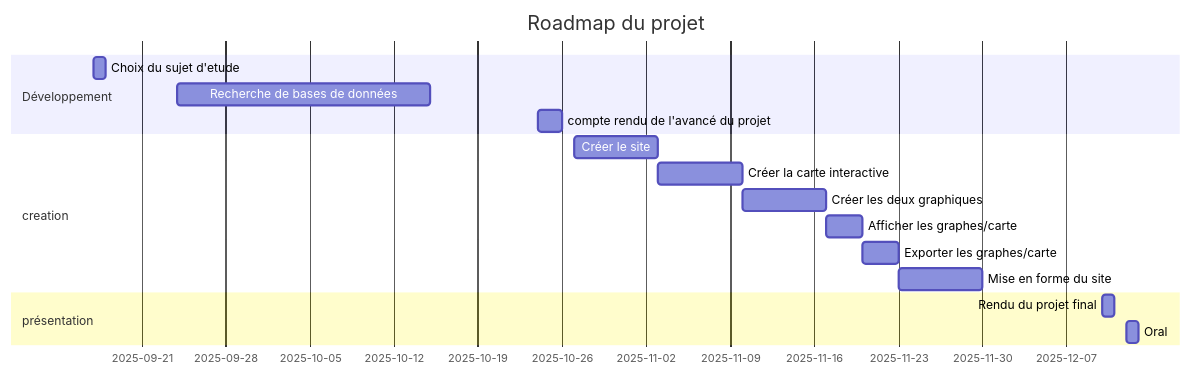
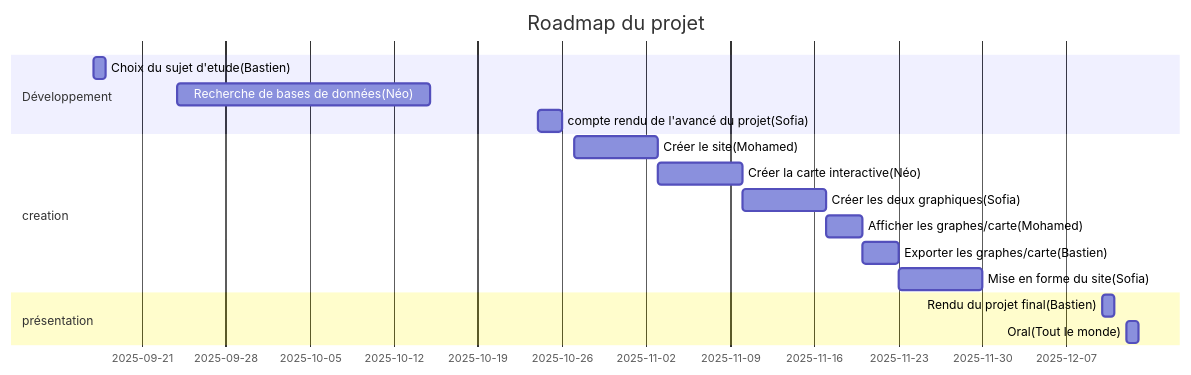
Before and after one commit to Bastien2003/Projet: the diagram in roadmap/README.qmd, drawn with Mermaid. The commit also changed other lines of this file, not shown here.

Commit message:
Assignation des tâches

````diff
--- a/roadmap/README.qmd
+++ b/roadmap/README.qmd
@@ -74,20 +74,20 @@
 ```{mermaid}
 gantt
     dateFormat  DD-MM
     title       Roadmap du projet
 
     section Développement
-    Choix du sujet d'etude           :des1, 17-09,1d
-    Recherche de bases de données    :des2, 24-09,3w 
-    compte rendu de l'avancé du projet :des3, 24-10,2d
+    Choix du sujet d'etude(Bastien)           :des1, 17-09,1d
+    Recherche de bases de données(Néo)    :des2, 24-09,3w 
+    compte rendu de l'avancé du projet(Sofia) :des3, 24-10,2d
     section creation
-    Créer le site                    :des4, 27-10, 7d
-    Créer la carte interactive       :des5, after des4, 7d
-    Créer les deux graphiques        :des6, after des5, 7d
-    Afficher les graphes/carte       :des7, after des6, 3d
-    Exporter les graphes/carte       :des8, after des7, 3d
-    Mise en forme du site            :des9, after des8, 7d
+    Créer le site(Mohamed)                    :des4, 27-10, 7d
+    Créer la carte interactive(Néo)       :des5, after des4, 7d
+    Créer les deux graphiques(Sofia)        :des6, after des5, 7d
+    Afficher les graphes/carte(Mohamed)       :des7, after des6, 3d
+    Exporter les graphes/carte(Bastien)       :des8, after des7, 3d
+    Mise en forme du site(Sofia)            :des9, after des8, 7d
     section présentation
-    Rendu du projet final            :des10, 10-12,1d
-    Oral                             :des11, 12-12,1d
+    Rendu du projet final(Bastien)            :des10, 10-12,1d
+    Oral(Tout le monde)                             :des11, 12-12,1d
 ```
````
